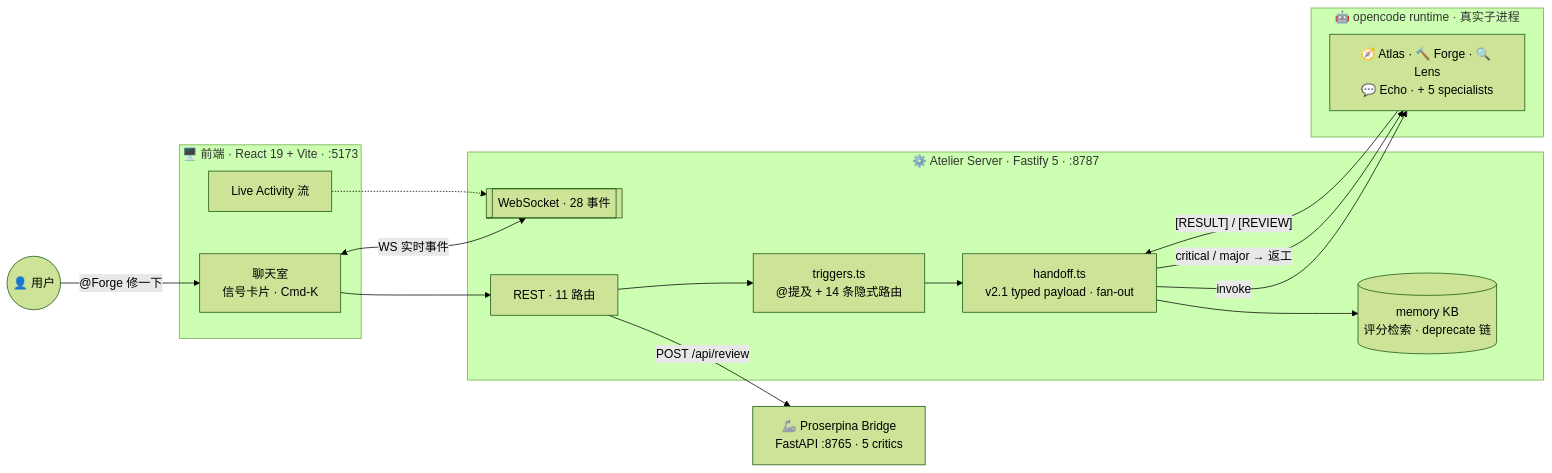
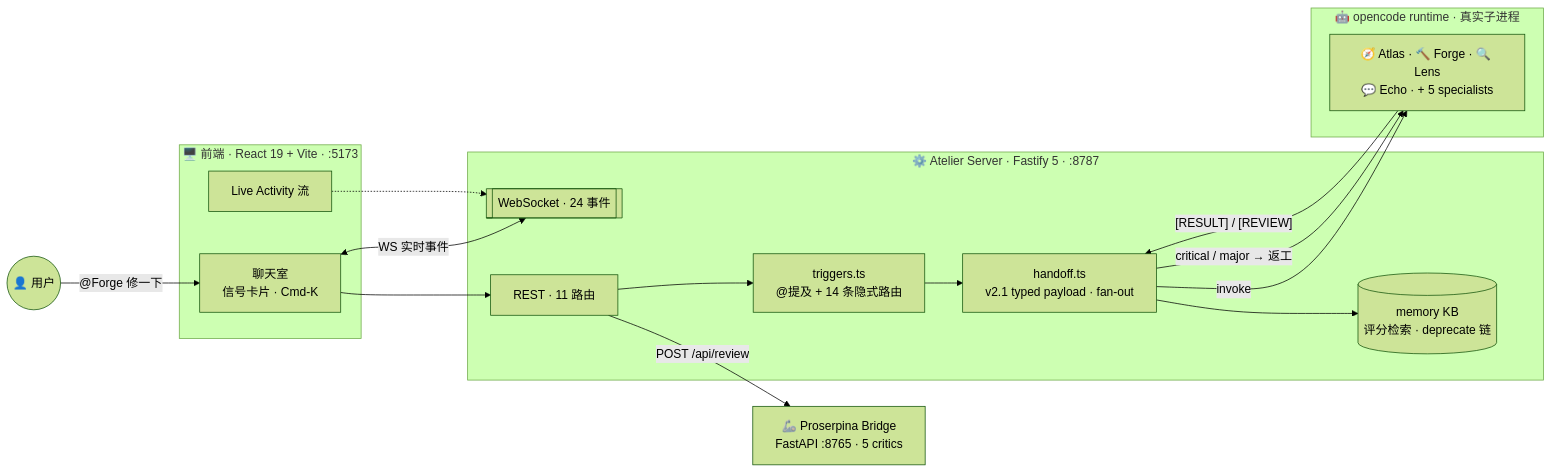
The diagram in README.md (Cappuccino-y/Atelier), drawn with Mermaid (forest theme) before and after one commit. The commit also changed other lines of this file and 1 other file, not shown here.

````diff
--- a/README.md
+++ b/README.md
@@ -140,33 +140,33 @@
 ```mermaid
 flowchart LR
     User(("👤 用户")) -- "@Forge 修一下" --> Chat
 
     subgraph FE["🖥️ 前端 · React 19 + Vite · :5173"]
         Chat["聊天室<br/>信号卡片 · Cmd-K"]
         Act["Live Activity 流"]
     end
 
     subgraph SVR["⚙️ Atelier Server · Fastify 5 · :8787"]
-        WS[["WebSocket · 28 事件"]]
+        WS[["WebSocket · 24 事件"]]
         REST["REST · 11 路由"]
         Trig["triggers.ts<br/>@提及 + 14 条隐式路由"]
         HO["handoff.ts<br/>v2.1 typed payload · fan-out"]
         KB[("memory KB<br/>评分检索 · deprecate 链")]
     end
 
     subgraph OC["🤖 opencode runtime · 真实子进程"]
         A["🧭 Atlas · 🔨 Forge · 🔍 Lens<br/>💬 Echo · + 5 specialists"]
     end
 
     PB["🦾 Proserpina Bridge<br/>FastAPI :8765 · 5 critics"]
 
     Chat <-->|"WS 实时事件"| WS
     Act -.-> WS
     Chat --> REST
     REST --> Trig --> HO
     HO -->|"invoke"| A
     A -->|"[RESULT] / [REVIEW]"| HO
     HO -->|"critical / major → 返工"| A
     HO --> KB
     REST -->|"POST /api/review"| PB
 ```
````
